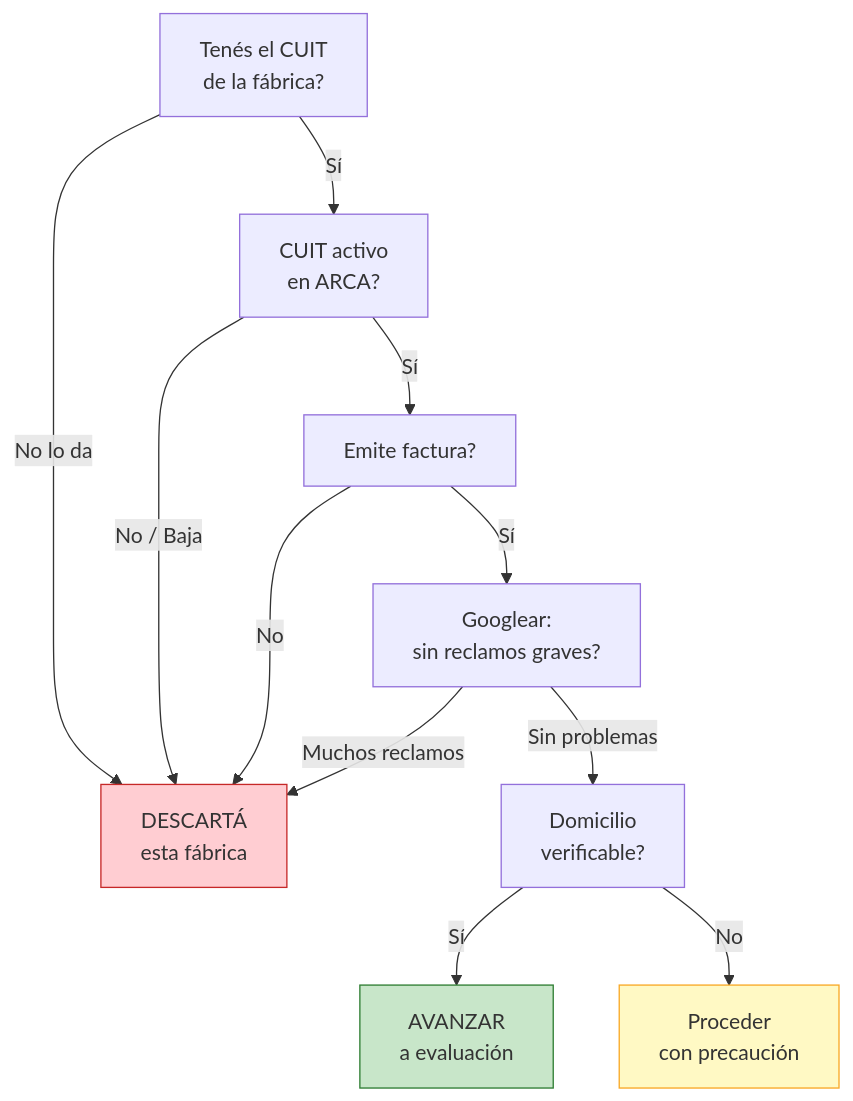
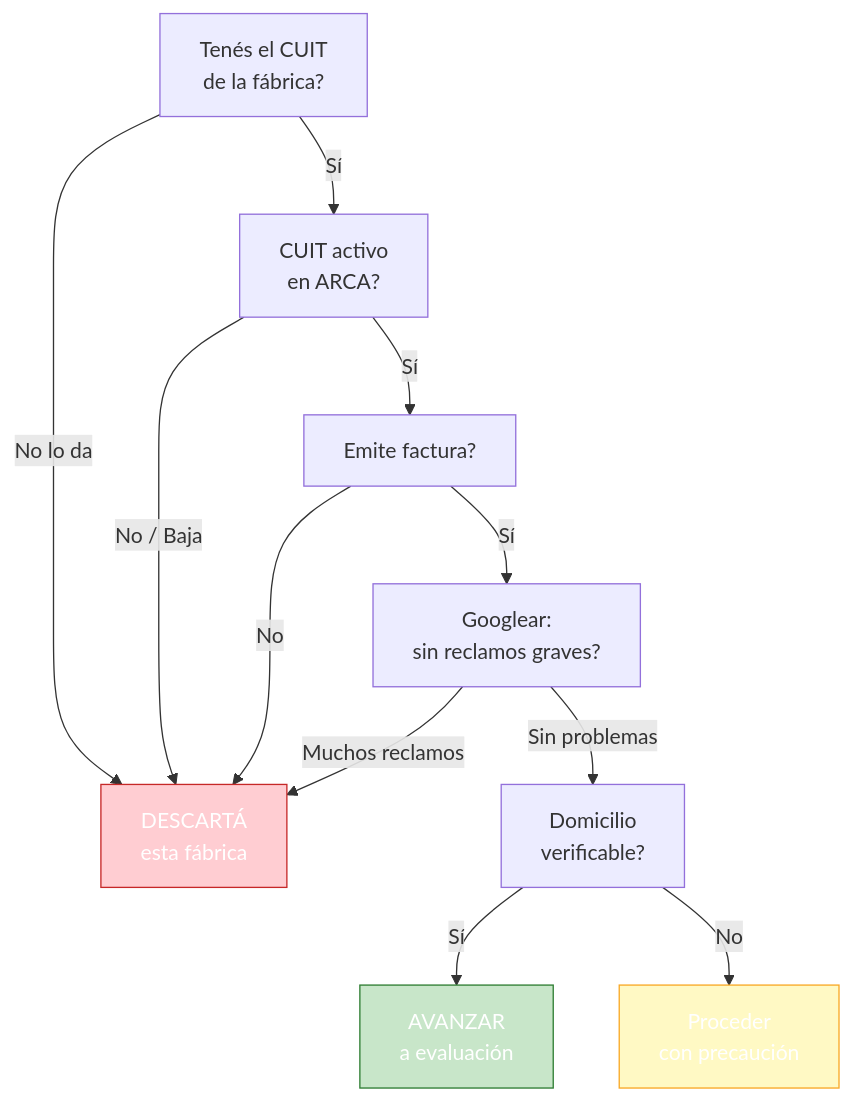
The diagram in app/paso1-argentina/evaluar-negociar/verificar-legitimidad.mdx (barrosignacioezequiel-coder/docs), drawn with Mermaid before and after one commit. The commit also changed 66 other files, not shown here.

First line of the commit message:
fix: resolve Mermaid v11 numbered list errors + improve contrast

````diff
--- a/app/paso1-argentina/evaluar-negociar/verificar-legitimidad.mdx
+++ b/app/paso1-argentina/evaluar-negociar/verificar-legitimidad.mdx
@@ -123,17 +123,17 @@
 ```mermaid
 graph TD
     A["Tenés el CUIT<br/>de la fábrica?"] -- Sí --> B["CUIT activo<br/>en ARCA?"]
     A -- No lo da --> Z["DESCARTÁ<br/>esta fábrica"]
     B -- Sí --> C["Emite factura?"]
     B -- No / Baja --> Z
     C -- Sí --> D["Googlear:<br/>sin reclamos graves?"]
     C -- No --> Z
     D -- Sin problemas --> E["Domicilio<br/>verificable?"]
     D -- Muchos reclamos --> Z
     E -- Sí --> F["AVANZAR<br/>a evaluación"]
     E -- No --> G["Proceder<br/>con precaución"]
 
-    style Z fill:#ffcdd2,stroke:#c62828
-    style F fill:#c8e6c9,stroke:#2e7d32
-    style G fill:#fff9c4,stroke:#f9a825
+    style Z fill:#ffcdd2,stroke:#c62828,color:#fff
+    style F fill:#c8e6c9,stroke:#2e7d32,color:#fff
+    style G fill:#fff9c4,stroke:#f9a825,color:#fff
 ```
````
